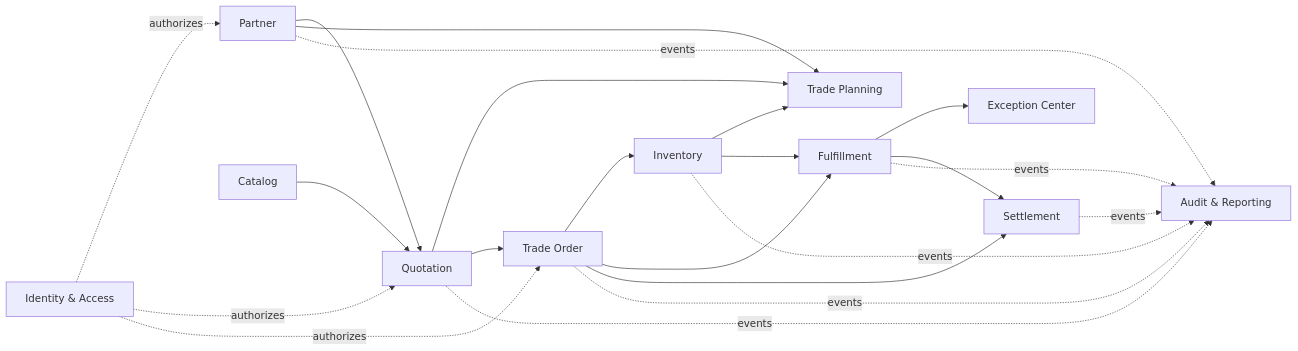
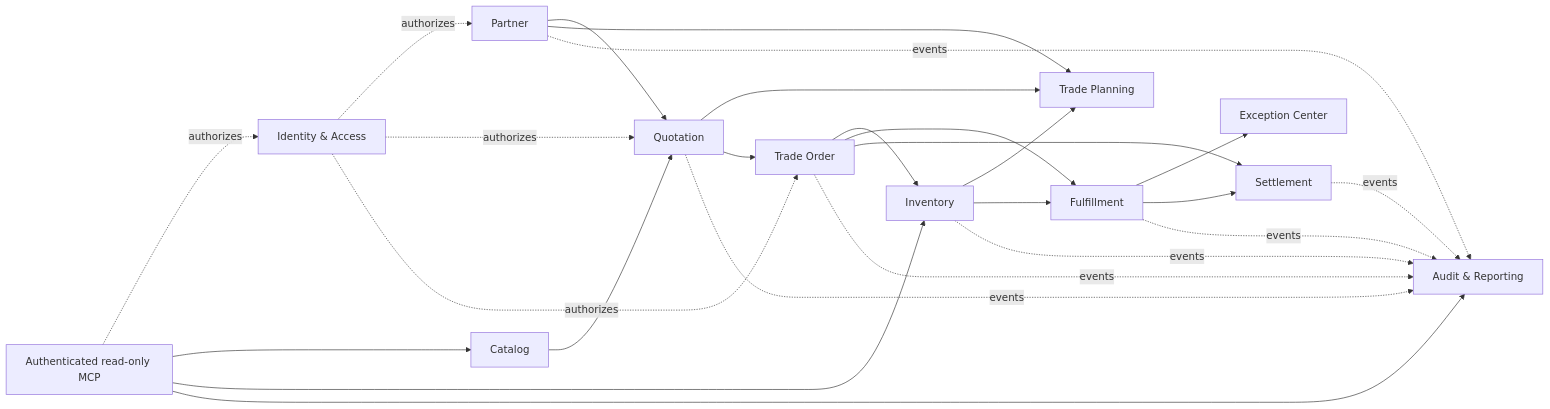
One commit to RomanticHW/cellarbridge-platform changed the second of 2 diagrams in docs/01-product/03-capability-map.md. Above: the diagram before and after it, drawn with Mermaid. The commit also changed other lines of this file and 23 other files, not shown here.

````diff
--- a/docs/01-product/03-capability-map.md
+++ b/docs/01-product/03-capability-map.md
@@ -99,36 +101,41 @@
 ```mermaid
 flowchart LR
     IAM[Identity & Access]
     PAR[Partner]
     CAT[Catalog]
     INV[Inventory]
     QUO[Quotation]
     TRD[Trade Planning]
     ORD[Trade Order]
     FUL[Fulfillment]
     EXC[Exception Center]
     SET[Settlement]
     REP[Audit & Reporting]
+    MCP[Authenticated read-only MCP]
 
     IAM -.authorizes.-> PAR
     IAM -.authorizes.-> QUO
     IAM -.authorizes.-> ORD
     PAR --> QUO
     CAT --> QUO
     INV --> TRD
     PAR --> TRD
     QUO --> TRD
     QUO --> ORD
     ORD --> INV
     INV --> FUL
     ORD --> FUL
     FUL --> EXC
     ORD --> SET
     FUL --> SET
     PAR -.events.-> REP
     QUO -.events.-> REP
     ORD -.events.-> REP
     INV -.events.-> REP
     FUL -.events.-> REP
     SET -.events.-> REP
+    MCP -.authorizes.-> IAM
+    MCP --> CAT
+    MCP --> INV
+    MCP --> REP
 ```
````
